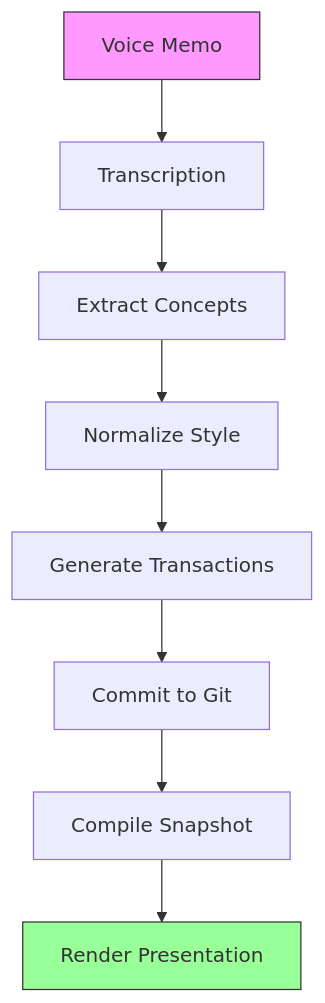
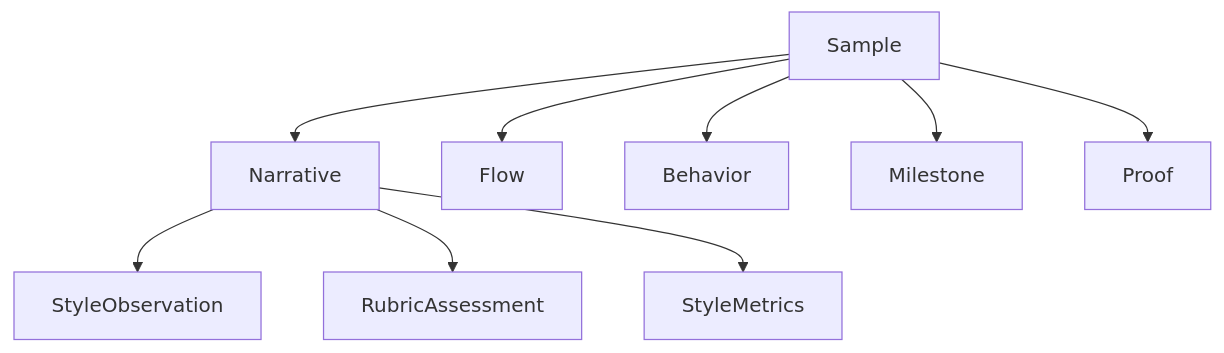
The third of 6 diagrams in presenter.md (Synthetic-Identity-Co/conj-talk-2025), drawn with Mermaid before and after one commit. The commit also changed other lines of this file, not shown here.

````diff
--- a/presenter.md
+++ b/presenter.md
@@ -110,13 +195,11 @@
 ```mermaid
 graph TD
-    A[Voice Memo] --> B[Transcription]
-    B --> C[Extract Concepts]
-    C --> D[Normalize Style]
-    D --> E[Generate Transactions]
-    E --> F[Commit to Git]
-    F --> G[Compile Snapshot]
-    G --> H[Render Presentation]
-    
-    style A fill:#f9f,stroke:#333
-    style H fill:#9f9,stroke:#333
+    A[Sample] --> B[Narrative]
+    A --> C[Flow]
+    A --> D[Behavior]
+    A --> E[Milestone]
+    A --> F[Proof]
+    B --> G[StyleObservation]
+    B --> H[RubricAssessment]
+    B --> I[StyleMetrics]
 ```
````
